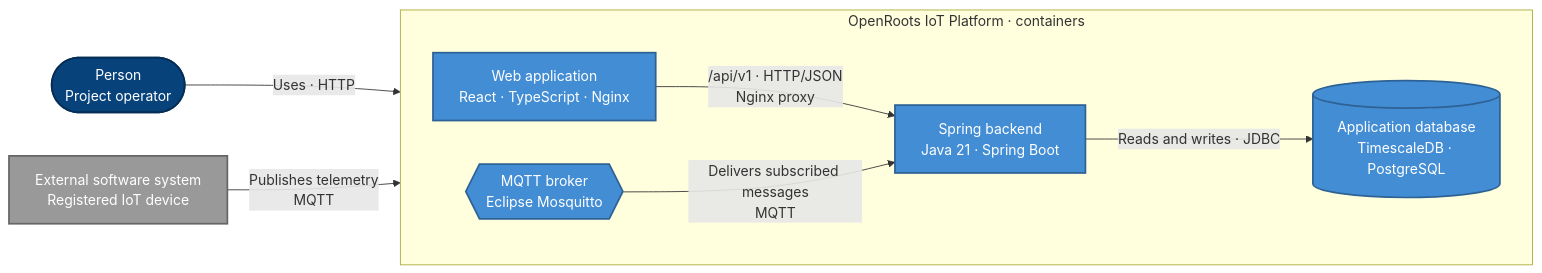
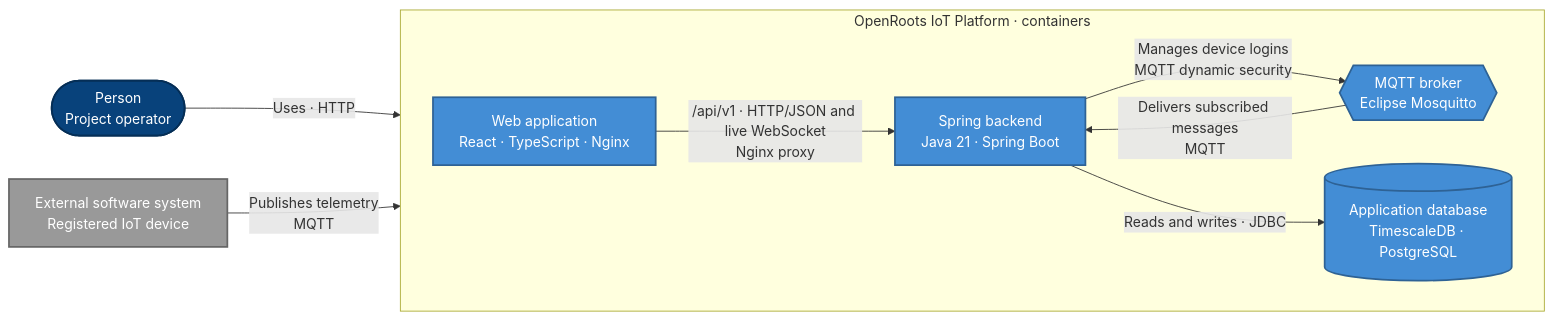
Before and after one commit to Hashu-17/openroots: the diagram in docs/architecture/c4-containers.md, drawn with Mermaid. The commit also changed other lines of this file and 10 other files, not shown here.

Commit message:
docs: update architecture, product and API docs for sign-in, live telemetry and broker sync

````diff
--- a/docs/architecture/c4-containers.md
+++ b/docs/architecture/c4-containers.md
@@ -5,28 +5,29 @@
 ```mermaid
 flowchart LR
     operator(["Person<br/>Project operator"])
     device["External software system<br/>Registered IoT device"]
 
     subgraph platform["OpenRoots IoT Platform · containers"]
         direction LR
         web["Web application<br/>React · TypeScript · Nginx"]
         broker{{"MQTT broker<br/>Eclipse Mosquitto"}}
         backend["Spring backend<br/>Java 21 · Spring Boot"]
         database[("Application database<br/>TimescaleDB · PostgreSQL")]
     end
 
     operator -->|"Uses · HTTP"| web
-    web -->|"/api/v1 · HTTP/JSON<br/>Nginx proxy"| backend
+    web -->|"/api/v1 · HTTP/JSON and live WebSocket<br/>Nginx proxy"| backend
     device -->|"Publishes telemetry<br/>MQTT"| broker
     broker -->|"Delivers subscribed messages<br/>MQTT"| backend
     backend -->|"Reads and writes · JDBC"| database
+    backend -->|"Manages device logins<br/>MQTT dynamic security"| broker
 
     classDef person fill:#08427b,color:#fff,stroke:#052e56,stroke-width:2px;
     classDef external fill:#999999,color:#fff,stroke:#666,stroke-width:2px;
     classDef container fill:#438dd5,color:#fff,stroke:#2e6295,stroke-width:2px;
     classDef data fill:#438dd5,color:#fff,stroke:#2e6295,stroke-width:2px;
     class operator person;
     class device external;
     class web,backend,broker container;
     class database data;
 ```
````
